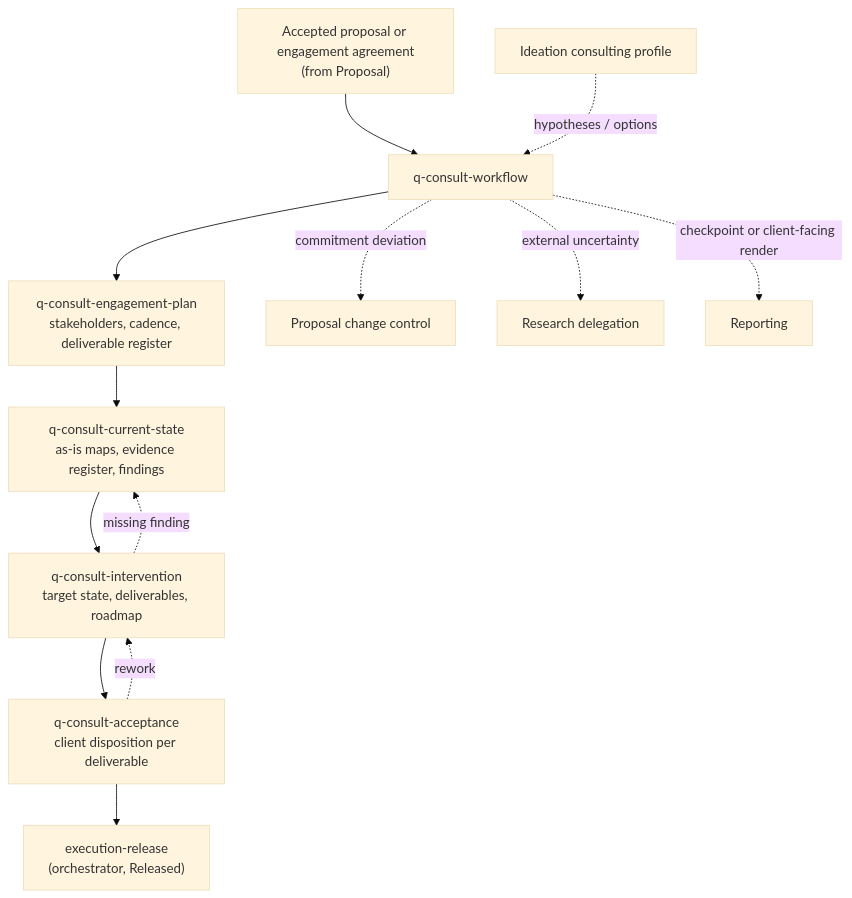
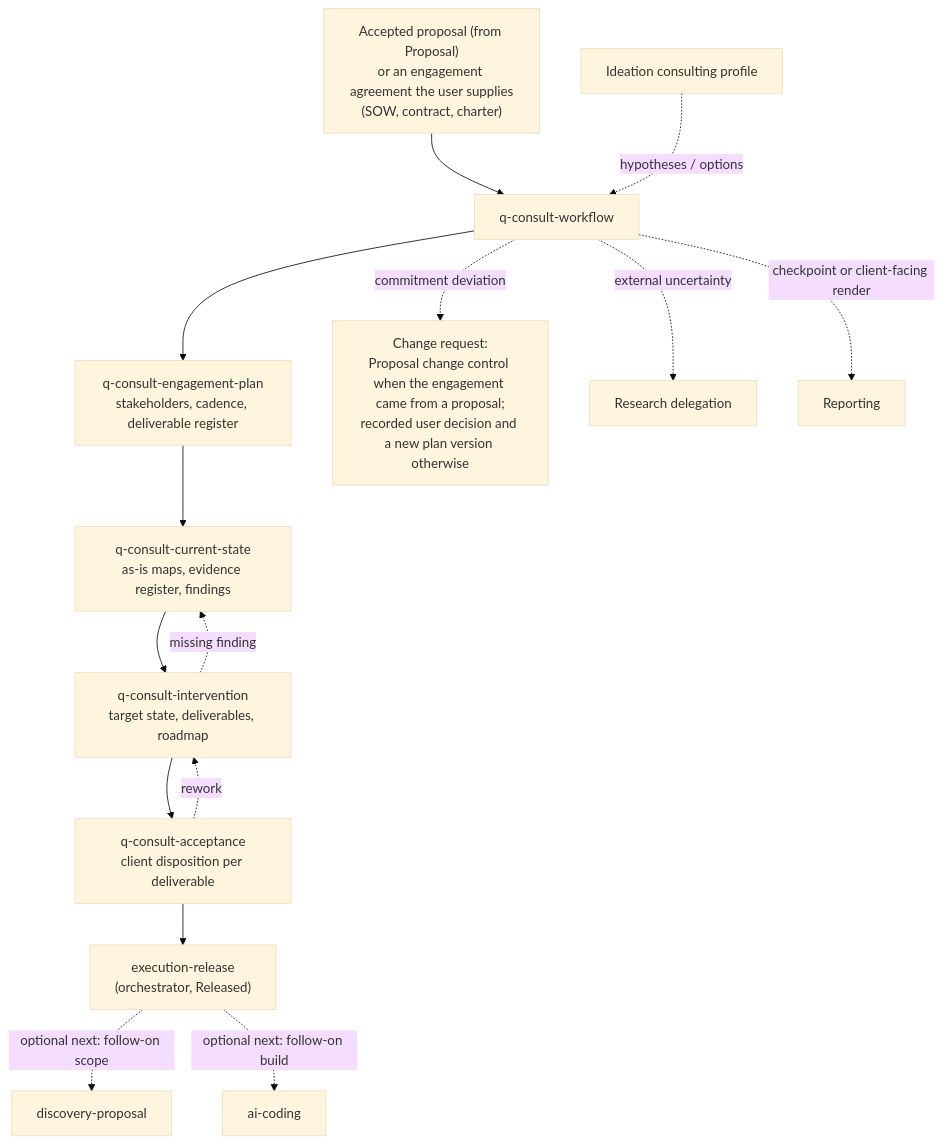
One commit to flaviogragnolati/ai-workflow changed the diagram in skills/consult/README.md. Above: the diagram before and after it, drawn with Mermaid (base theme). The commit also changed other lines of this file and 21 other files, not shown here.

````diff
--- a/skills/consult/README.md
+++ b/skills/consult/README.md
@@ -9,15 +9,17 @@
 ```mermaid
 flowchart TB
-    P["Accepted proposal or engagement agreement<br/>(from Proposal)"] --> W["q-consult-workflow"]
+    P["Accepted proposal (from Proposal)<br/>or an engagement agreement the user supplies<br/>(SOW, contract, charter)"] --> W["q-consult-workflow"]
     W --> S1["q-consult-engagement-plan<br/>stakeholders, cadence, deliverable register"]
     S1 --> S2["q-consult-current-state<br/>as-is maps, evidence register, findings"]
     S2 --> S3["q-consult-intervention<br/>target state, deliverables, roadmap"]
     S3 --> S4["q-consult-acceptance<br/>client disposition per deliverable"]
     S4 --> REL["execution-release<br/>(orchestrator, Released)"]
     S4 -. "rework" .-> S3
     S3 -. "missing finding" .-> S2
-    W -. "commitment deviation" .-> CC["Proposal change control"]
+    W -. "commitment deviation" .-> CC["Change request:<br/>Proposal change control when the engagement came from a proposal;<br/>recorded user decision and a new plan version otherwise"]
     IDE["Ideation consulting profile"] -. "hypotheses / options" .-> W
     W -. "external uncertainty" .-> RES["Research delegation"]
     W -. "checkpoint or client-facing render" .-> REP["Reporting"]
+    REL -. "optional next: follow-on scope" .-> NXT1["discovery-proposal"]
+    REL -. "optional next: follow-on build" .-> NXT2["ai-coding"]
 ```
````
